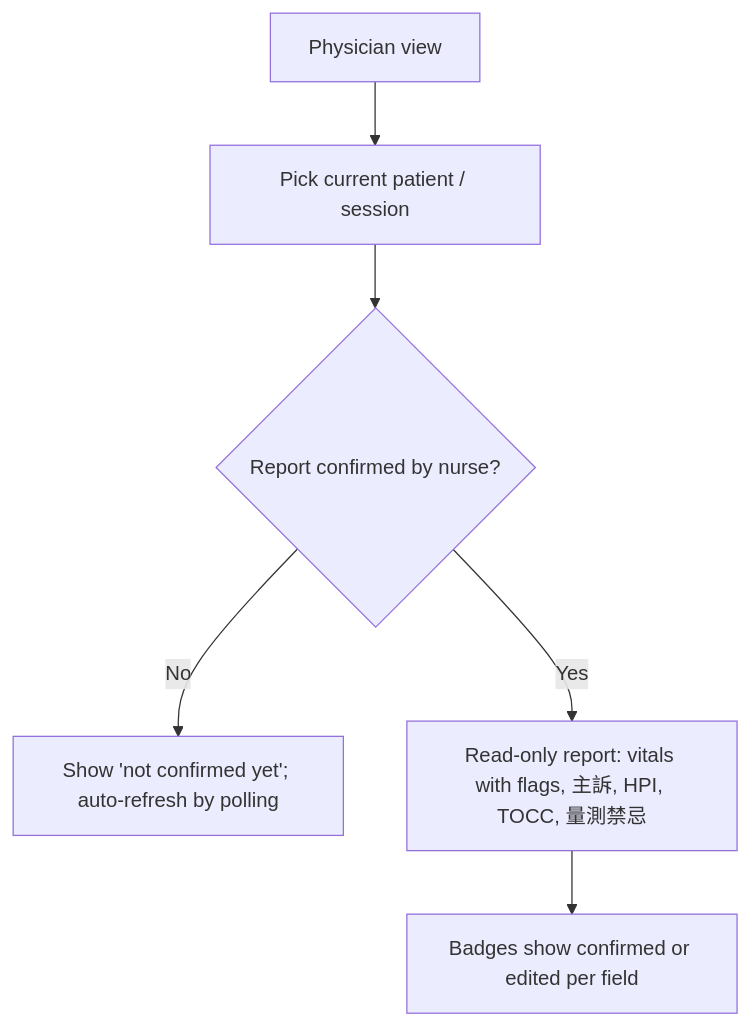
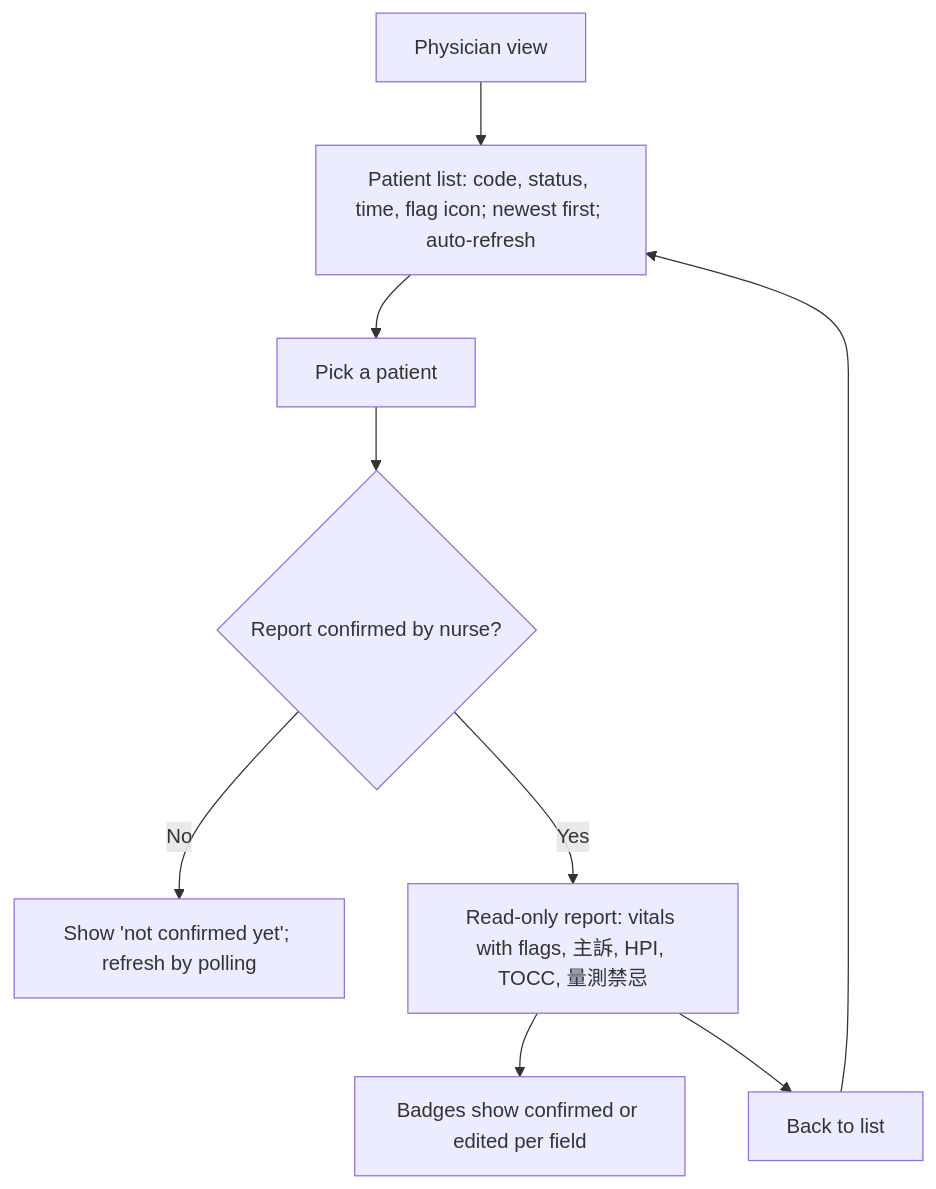
Before and after one commit to hwupu/115A-535527-AIDLC-Final: the fifth of 6 diagrams in docs/frontend/USER_FLOW.md, drawn with Mermaid. The commit also changed other lines of this file and 5 other files, not shown here.

First line of the commit message:
docs: update frontend docs for admin role, patient screen, list and API proposal (#20)

````diff
--- a/docs/frontend/USER_FLOW.md
+++ b/docs/frontend/USER_FLOW.md
@@ -62,8 +89,11 @@
 ```mermaid
 flowchart TD
-    D[Physician view] --> L[Pick current patient / session]
-    L --> Q{Report confirmed by nurse?}
-    Q -->|No| W[Show 'not confirmed yet'; auto-refresh by polling]
+    D[Physician view] --> L[Patient list: code, status, time, flag icon; newest first; auto-refresh]
+    L --> PK[Pick a patient]
+    PK --> Q{Report confirmed by nurse?}
+    Q -->|No| W[Show 'not confirmed yet'; refresh by polling]
     Q -->|Yes| RPT[Read-only report: vitals with flags, 主訴, HPI, TOCC, 量測禁忌]
     RPT --> BD[Badges show confirmed or edited per field]
+    RPT --> BK[Back to list]
+    BK --> L
 ```
````
